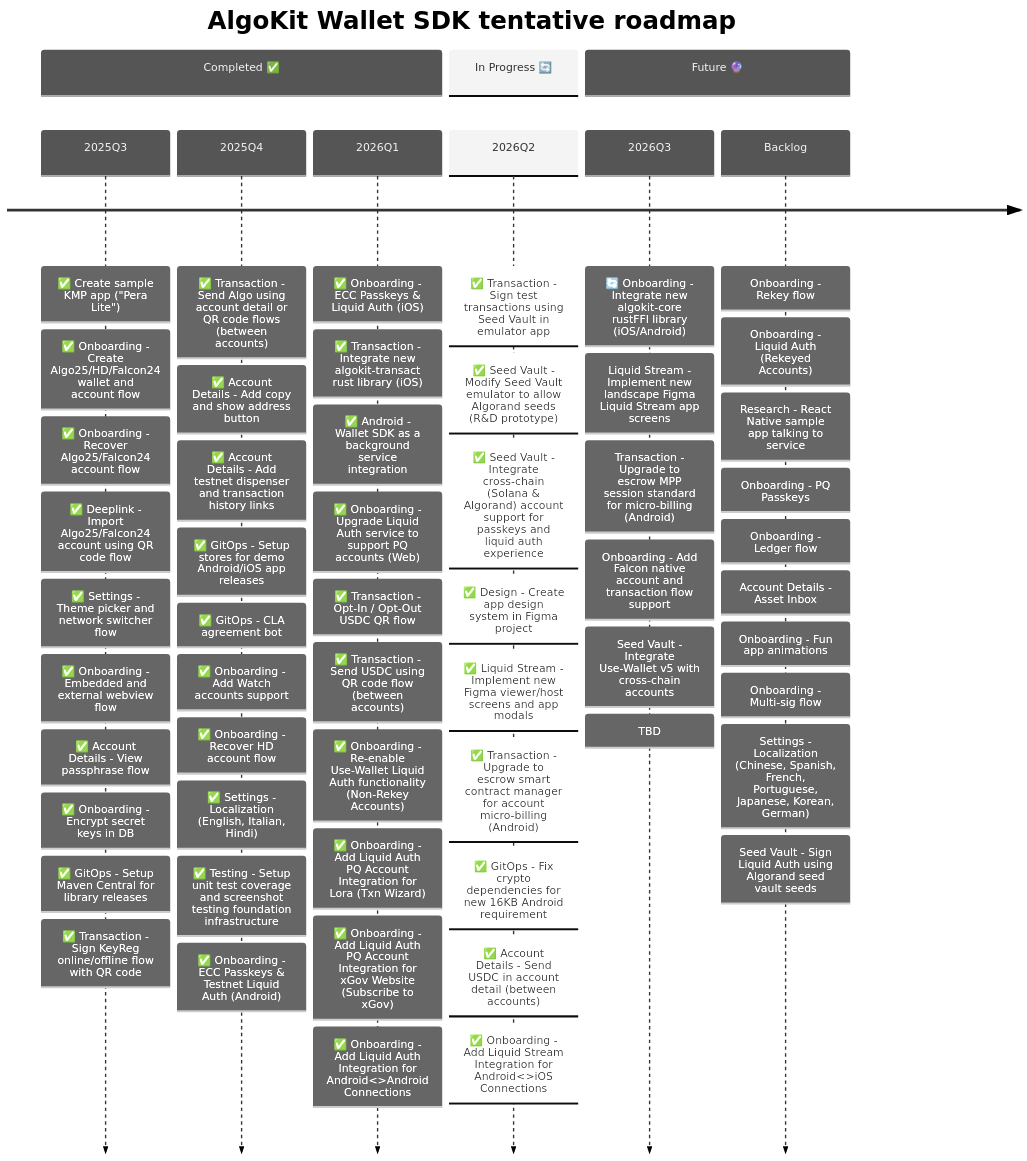
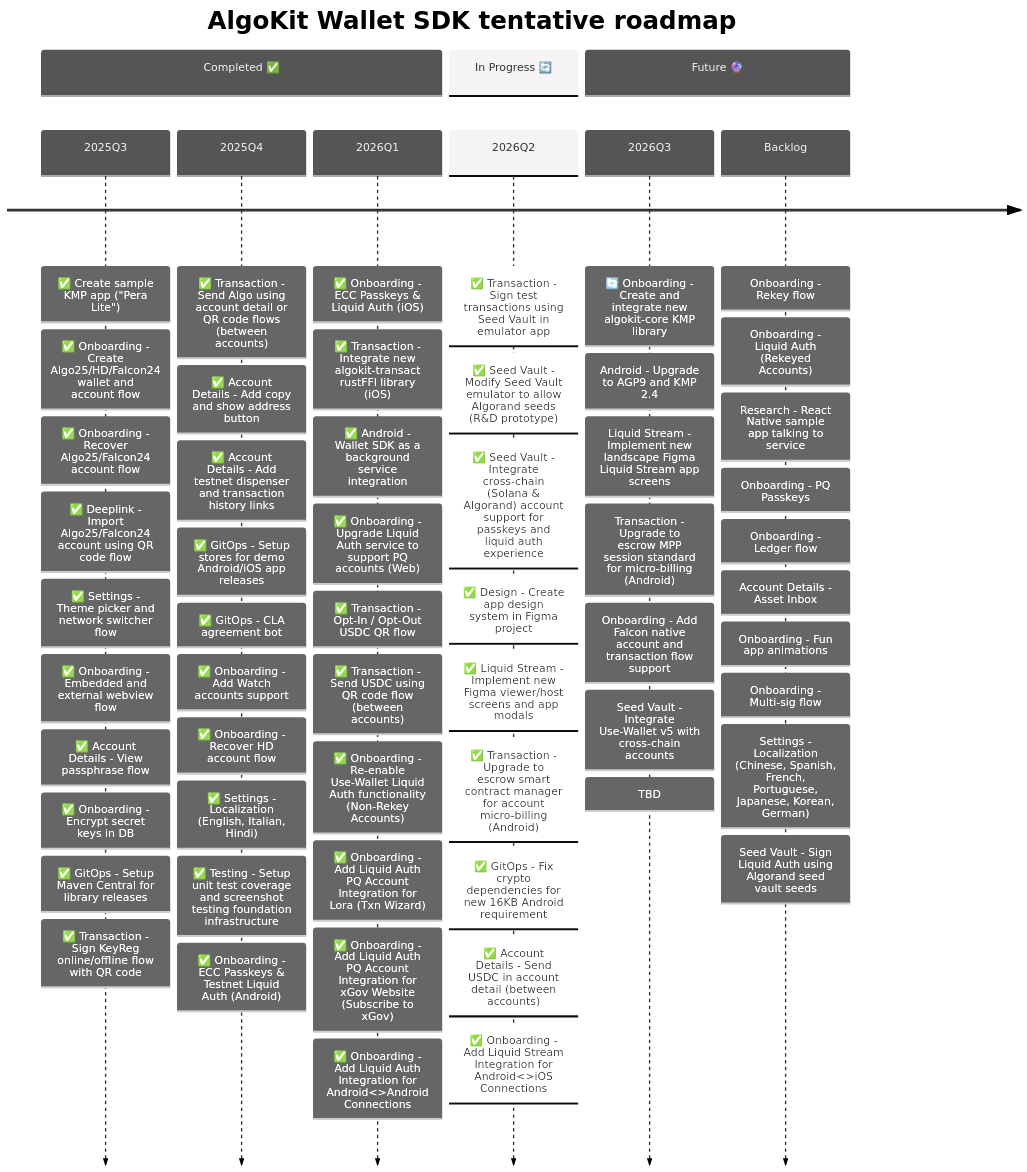
One commit to michaeltchuangllc/algokit-walletsdk-kmp changed the second of 3 diagrams in README.md. Above: the diagram before and after it, drawn with Mermaid. The commit also changed 5 other files, not shown here.

````diff
--- a/README.md
+++ b/README.md
@@ -69,72 +69,73 @@
 ```mermaid
 ---
 config:
   theme: 'neutral'
 ---
 timeline
     title AlgoKit Wallet SDK tentative roadmap
 
     section Completed ✅
     2025Q3  : ✅ Create sample KMP app ("Pera Lite")
             : ✅ Onboarding - Create Algo25/HD/Falcon24 wallet and account flow
             : ✅ Onboarding - Recover Algo25/Falcon24 account flow
             : ✅ Deeplink - Import Algo25/Falcon24 account using QR code flow
             : ✅ Settings - Theme picker and network switcher flow
             : ✅ Onboarding - Embedded and external webview flow
             : ✅ Account Details - View passphrase flow
             : ✅ Onboarding - Encrypt secret keys in DB
             : ✅ GitOps - Setup Maven Central for library releases
             : ✅ Transaction - Sign KeyReg online/offline flow with QR code
 
     2025Q4  : ✅ Transaction - Send Algo using account detail or QR code flows (between accounts)
             : ✅ Account Details - Add copy and show address button
             : ✅ Account Details - Add testnet dispenser and transaction history links
             : ✅ GitOps - Setup stores for demo Android/iOS app releases
             : ✅ GitOps - CLA agreement bot
             : ✅ Onboarding - Add Watch accounts support
             : ✅ Onboarding - Recover HD account flow
             : ✅ Settings - Localization (English, Italian, Hindi)
             : ✅ Testing - Setup unit test coverage and screenshot testing foundation infrastructure
             : ✅ Onboarding - ECC Passkeys & Testnet Liquid Auth (Android)
 
     2026Q1  : ✅ Onboarding - ECC Passkeys & Liquid Auth (iOS)
-            : ✅ Transaction - Integrate new algokit-transact rust library (iOS)
+            : ✅ Transaction - Integrate new algokit-transact rustFFI library (iOS)
             : ✅ Android - Wallet SDK as a background service integration
             : ✅ Onboarding - Upgrade Liquid Auth service to support PQ accounts (Web)
             : ✅ Transaction - Opt-In / Opt-Out USDC QR flow
             : ✅ Transaction - Send USDC using QR code flow (between accounts)
             : ✅ Onboarding - Re-enable Use-Wallet Liquid Auth functionality (Non-Rekey Accounts)
             : ✅ Onboarding - Add Liquid Auth PQ Account Integration for Lora (Txn Wizard)
             : ✅ Onboarding - Add Liquid Auth PQ Account Integration for xGov Website (Subscribe to xGov)
             : ✅ Onboarding - Add Liquid Auth Integration for Android<>Android Connections
 
     section In Progress 🔄
     2026Q2  : ✅ Transaction - Sign test transactions using Seed Vault in emulator app
             : ✅ Seed Vault - Modify Seed Vault emulator to allow Algorand seeds (R&D prototype)
             : ✅ Seed Vault - Integrate cross-chain (Solana & Algorand) account support for passkeys and liquid auth experience
             : ✅ Design - Create app design system in Figma project
             : ✅ Liquid Stream - Implement new Figma viewer/host screens and app modals
             : ✅ Transaction - Upgrade to escrow smart contract manager for account micro-billing (Android)
             : ✅ GitOps - Fix crypto dependencies for new 16KB Android requirement
             : ✅ Account Details - Send USDC in account detail (between accounts)
             : ✅ Onboarding - Add Liquid Stream Integration for Android<>iOS Connections
             
     section Future 🔮
-     2026Q3  : 🔄 Onboarding - Integrate new algokit-core rustFFI library (iOS/Android)
+     2026Q3  : 🔄 Onboarding - Create and integrate new algokit-core KMP library
+             : Android - Upgrade to AGP9 and KMP 2.4
              : Liquid Stream - Implement new landscape Figma Liquid Stream app screens
              : Transaction - Upgrade to escrow MPP session standard for micro-billing (Android)
              : Onboarding - Add Falcon native account and transaction flow support
              : Seed Vault - Integrate Use-Wallet v5 with cross-chain accounts
              : TBD
     Backlog
             : Onboarding - Rekey flow
             : Onboarding - Liquid Auth (Rekeyed Accounts)
             : Research - React Native sample app talking to service
             : Onboarding - PQ Passkeys
             : Onboarding - Ledger flow
             : Account Details - Asset Inbox
             : Onboarding - Fun app animations
             : Onboarding - Multi-sig flow
             : Settings - Localization (Chinese, Spanish, French, Portuguese, Japanese, Korean, German)
             : Seed Vault - Sign Liquid Auth using Algorand seed vault seeds
 ```
````
